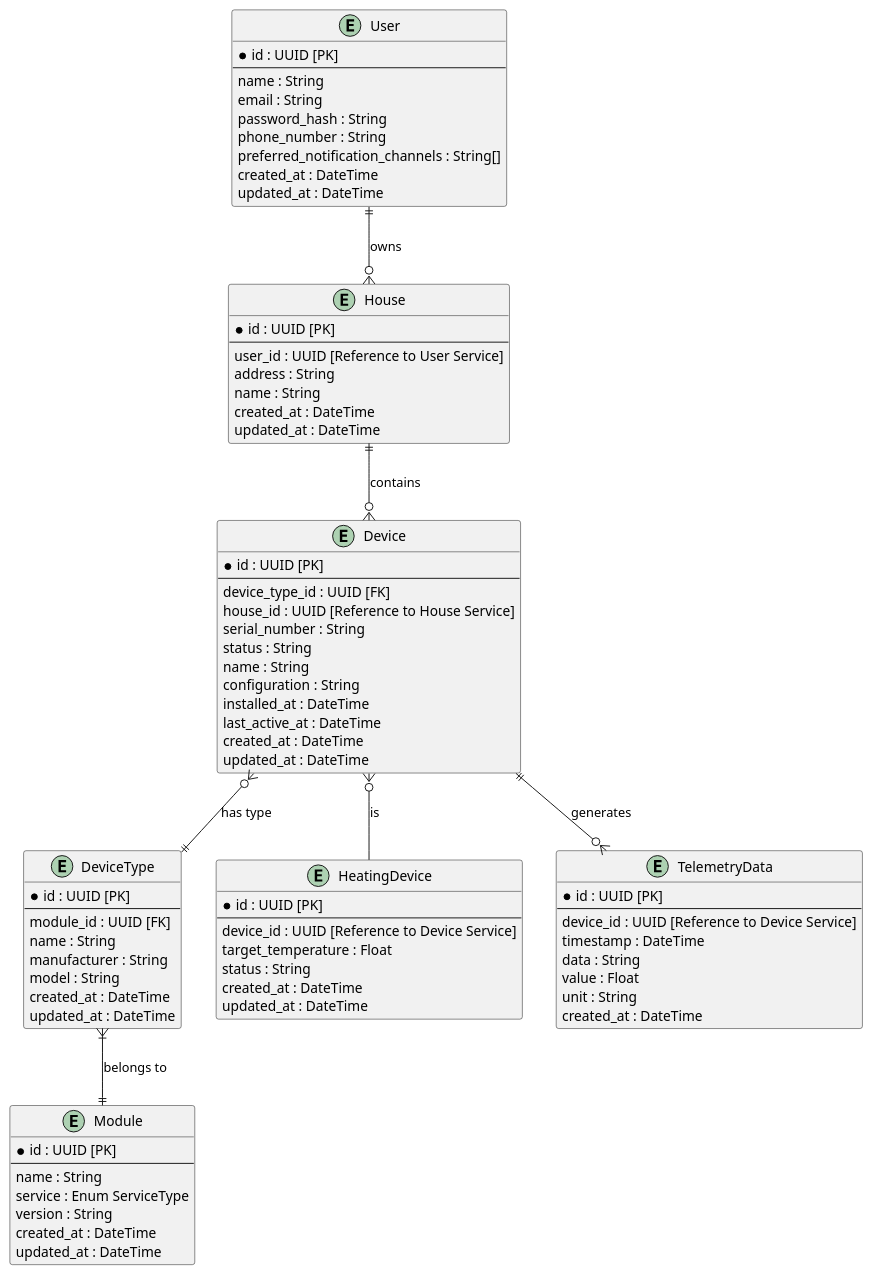
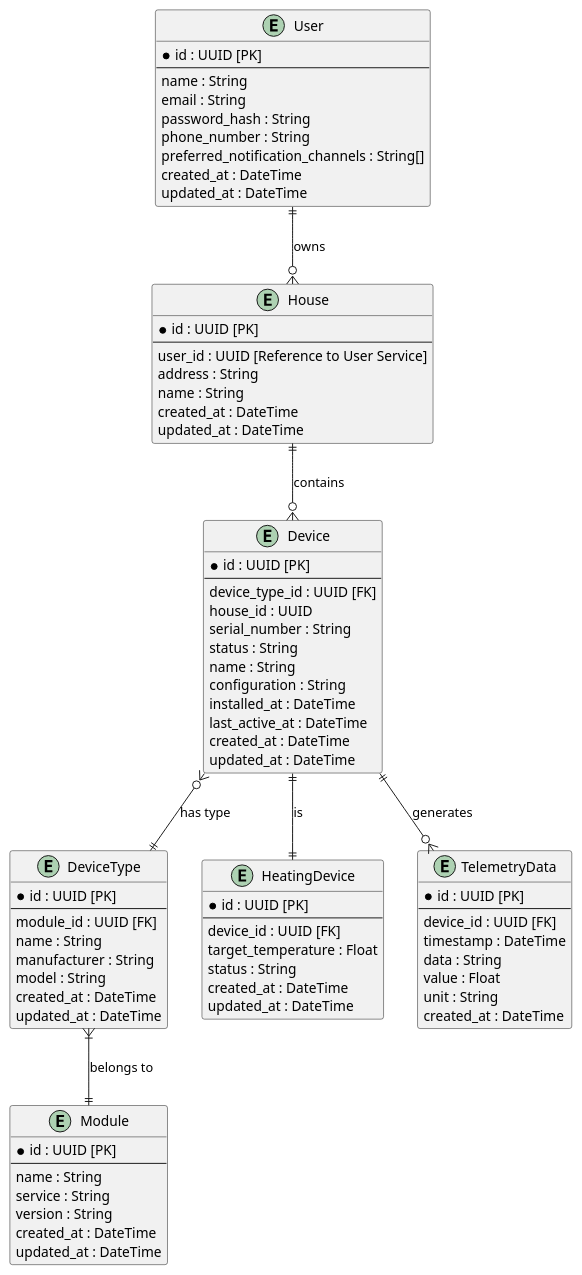
The diagram in docs/diagrams/src/task_3.puml (Veles-Pan/practicum-architecture-sprint-3), drawn with PlantUML before and after one commit. The commit also changed 12 other files, not shown here.

```diff
--- a/docs/diagrams/src/task_3.puml
+++ b/docs/diagrams/src/task_3.puml
@@ -1,91 +1,91 @@
 @startuml er_diagram
 
 entity "User" as User {
     * id : UUID [PK]
     --
     name : String
     email : String
     password_hash : String
     phone_number : String
     preferred_notification_channels : String[]
     created_at : DateTime
     updated_at : DateTime
 }
 
 entity "House" as House {
     * id : UUID [PK]
     --
     user_id : UUID [Reference to User Service]
     address : String
     name : String
     created_at : DateTime
     updated_at : DateTime
 }
 
 entity "Device" as Device {
     * id : UUID [PK]
     --
     device_type_id : UUID [FK]
-    house_id : UUID [Reference to House Service]
+    house_id : UUID
     serial_number : String
     status : String
     name : String
     configuration : String
     installed_at : DateTime
     last_active_at : DateTime
     created_at : DateTime
     updated_at : DateTime
 }
 
 entity "DeviceType" as DeviceType {
     * id : UUID [PK]
     --
     module_id : UUID [FK]
     name : String
     manufacturer : String
     model : String
     created_at : DateTime
     updated_at : DateTime
 }
 
 entity "Module" as Module {
     * id : UUID [PK]
     --
     name : String
-    service : Enum ServiceType
+    service : String
     version : String
     created_at : DateTime
     updated_at : DateTime
 }
 
 entity "HeatingDevice" as HeatingDevice {
     * id : UUID [PK]
     --
-    device_id : UUID [Reference to Device Service]
+    device_id : UUID [FK]
     target_temperature : Float
     status : String
     created_at : DateTime
     updated_at : DateTime
 }
 
 entity "TelemetryData" as TelemetryData {
     * id : UUID [PK]
     --
-    device_id : UUID [Reference to Device Service]
+    device_id : UUID [FK]
     timestamp : DateTime
     data : String
     value : Float
     unit : String
     created_at : DateTime
 }
 
 ' Define relationships
 
 User ||--o{ House : "owns"
 House ||--o{ Device : "contains"
 Device }o--|| DeviceType : "has type"
 DeviceType }|--|| Module : "belongs to"
 Device ||--o{ TelemetryData : "generates"
-Device }o-- HeatingDevice : "is"
+Device ||--|| HeatingDevice : "is"
 
 @enduml
```
